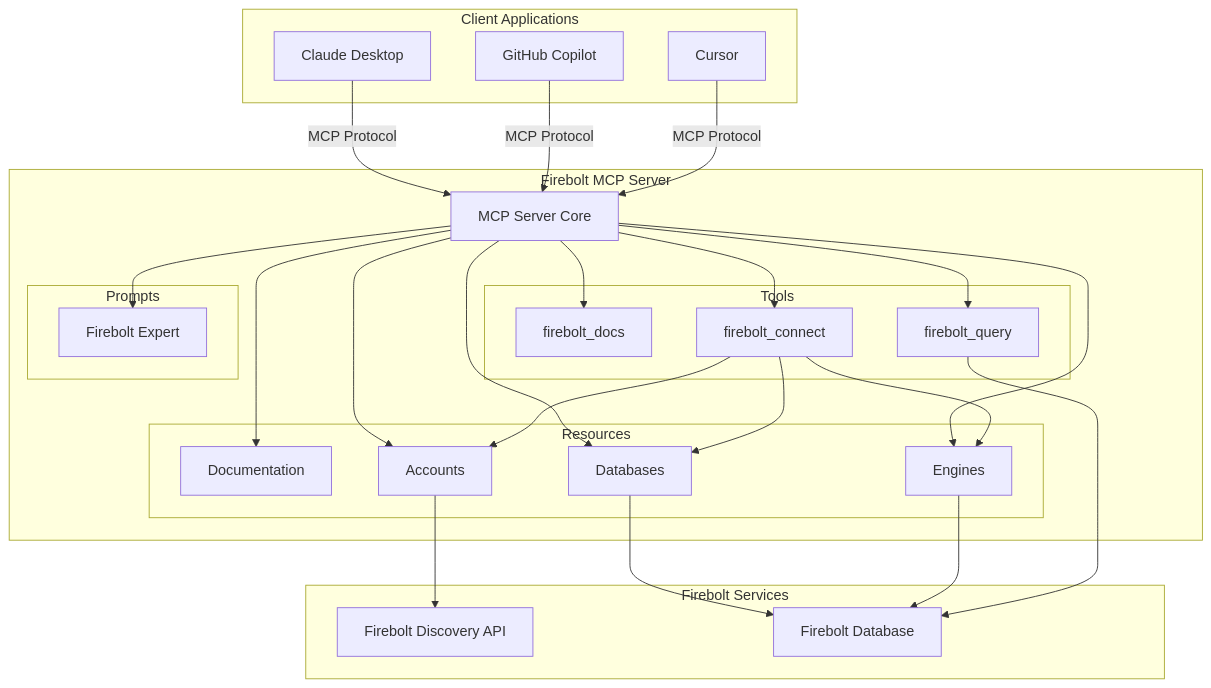
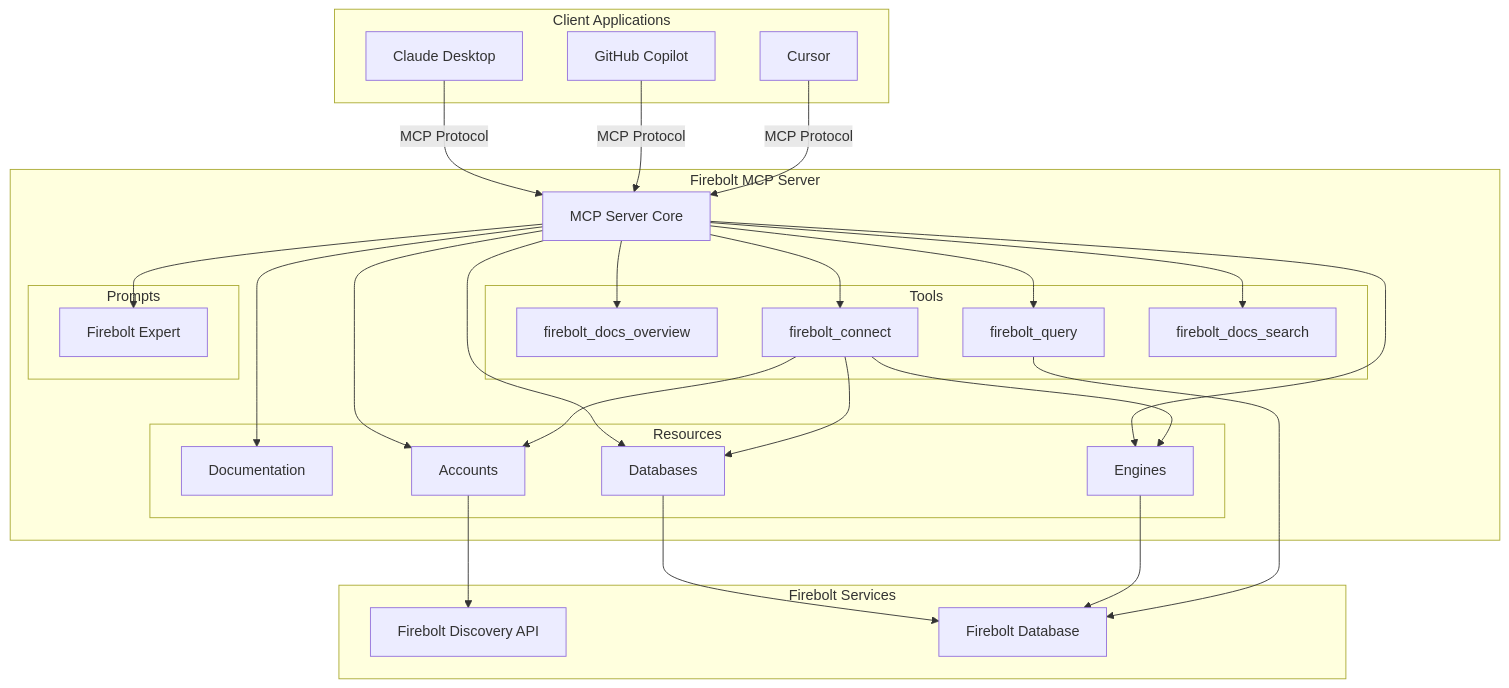
Before and after one commit to firebolt-db/mcp-server: the first of 3 diagrams in docs/overview.md, drawn with Mermaid. The commit also changed other lines of this file and 19 other files, not shown here.

````diff
--- a/docs/overview.md
+++ b/docs/overview.md
@@ -11,57 +11,59 @@
 ```mermaid
 graph TD
     subgraph "Client Applications"
         Claude["Claude Desktop"]
         Copilot["GitHub Copilot"]
         Cursor["Cursor"]
     end
     
     subgraph "Firebolt MCP Server"
         Server["MCP Server Core"]
         
         subgraph "Tools"
-            DocsT["firebolt_docs"]
+            DocsT["firebolt_docs_overview"]
             ConnectT["firebolt_connect"]
             QueryT["firebolt_query"]
+            SearchT["firebolt_docs_search"]
         end
         
         subgraph "Resources"
             DocsR["Documentation"]
             AccountsR["Accounts"]
             DatabasesR["Databases"]
             EnginesR["Engines"]
         end
         
         subgraph "Prompts"
             FireboltExpert["Firebolt Expert"]
         end
     end
     
     subgraph "Firebolt Services"
         DiscoveryAPI["Firebolt Discovery API"]
         FireboltDB["Firebolt Database"]
     end
     
     Claude --> |MCP Protocol| Server
     Copilot --> |MCP Protocol| Server
     Cursor --> |MCP Protocol| Server
     
     Server --> DocsT
     Server --> ConnectT
-    Server --> QueryT
+    Server --> QueryT 
+    Server --> SearchT
     Server --> DocsR
     Server --> AccountsR
     Server --> DatabasesR
     Server --> EnginesR
     Server --> FireboltExpert
     
     ConnectT --> AccountsR
     ConnectT --> DatabasesR
     ConnectT --> EnginesR
     
     AccountsR --> DiscoveryAPI
     DatabasesR --> FireboltDB
     EnginesR --> FireboltDB
     
     QueryT --> FireboltDB
 ```
````
